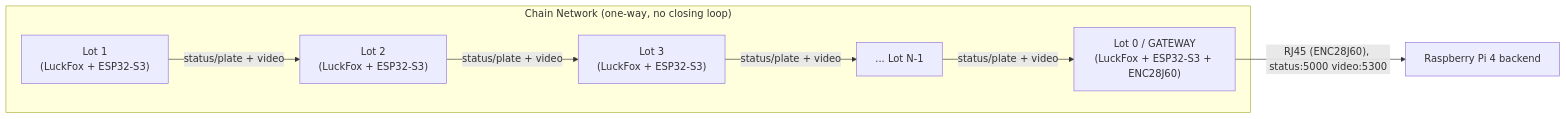
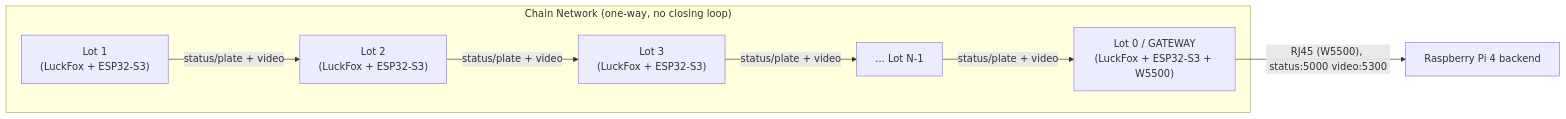
One commit to AndhikaFW/LuckFox-PicoMini-ParkingVision changed the diagram in README.md. Above: the diagram before and after it, drawn with Mermaid. The commit also changed other lines of this file and 55 other files, not shown here.

First line of the commit message:
Add laser-cut casing design, update ENC28J60 refs to W5500, bump ESP32-S3-RAP

````diff
--- a/README.md
+++ b/README.md
@@ -33,11 +33,11 @@
 ```mermaid
 graph LR
     subgraph "Chain Network (one-way, no closing loop)"
         Node1["Lot 1<br>(LuckFox + ESP32-S3)"] -->|"status/plate + video"| Node2["Lot 2<br>(LuckFox + ESP32-S3)"]
         Node2 -->|"status/plate + video"| Node3["Lot 3<br>(LuckFox + ESP32-S3)"]
         Node3 -->|"status/plate + video"| NodeN["... Lot N-1"]
-        NodeN -->|"status/plate + video"| Gateway["Lot 0 / GATEWAY<br>(LuckFox + ESP32-S3 + ENC28J60)"]
+        NodeN -->|"status/plate + video"| Gateway["Lot 0 / GATEWAY<br>(LuckFox + ESP32-S3 + W5500)"]
     end
 
-    Gateway -->|"RJ45 (ENC28J60), status:5000 video:5300"| RPi["Raspberry Pi 4 backend"]
+    Gateway -->|"RJ45 (W5500), status:5000 video:5300"| RPi["Raspberry Pi 4 backend"]
 ```
````
